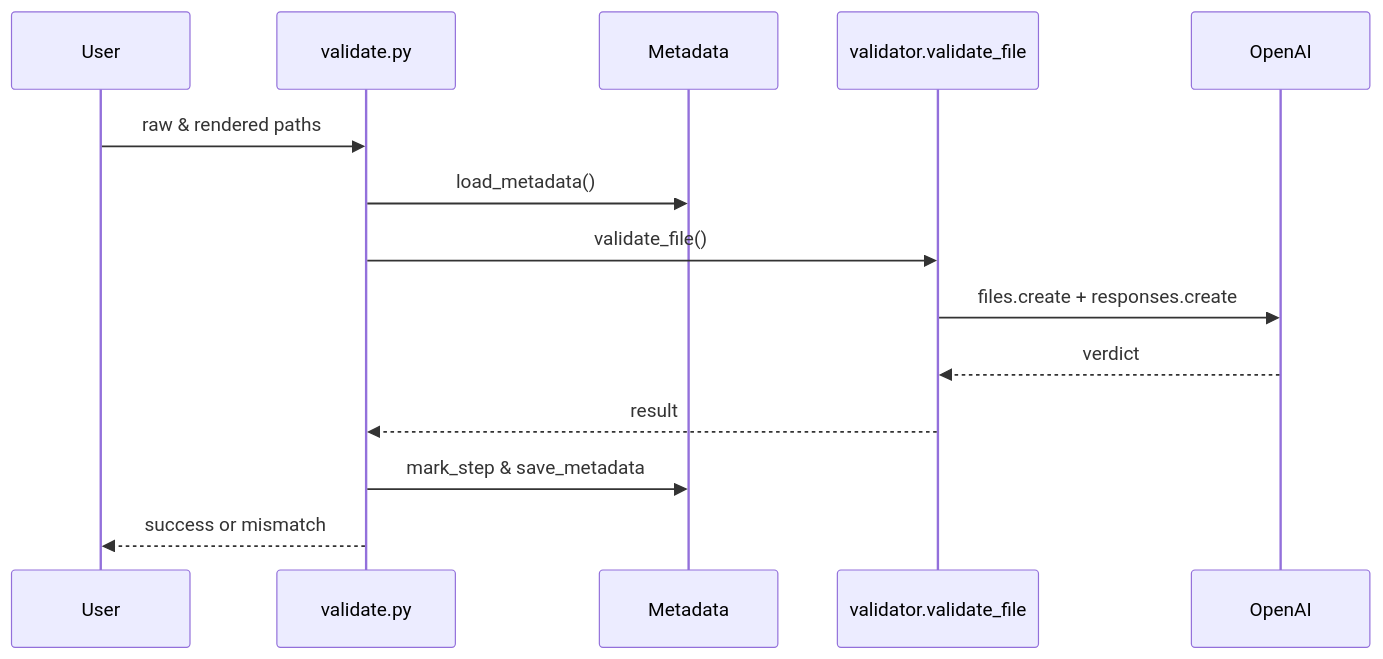
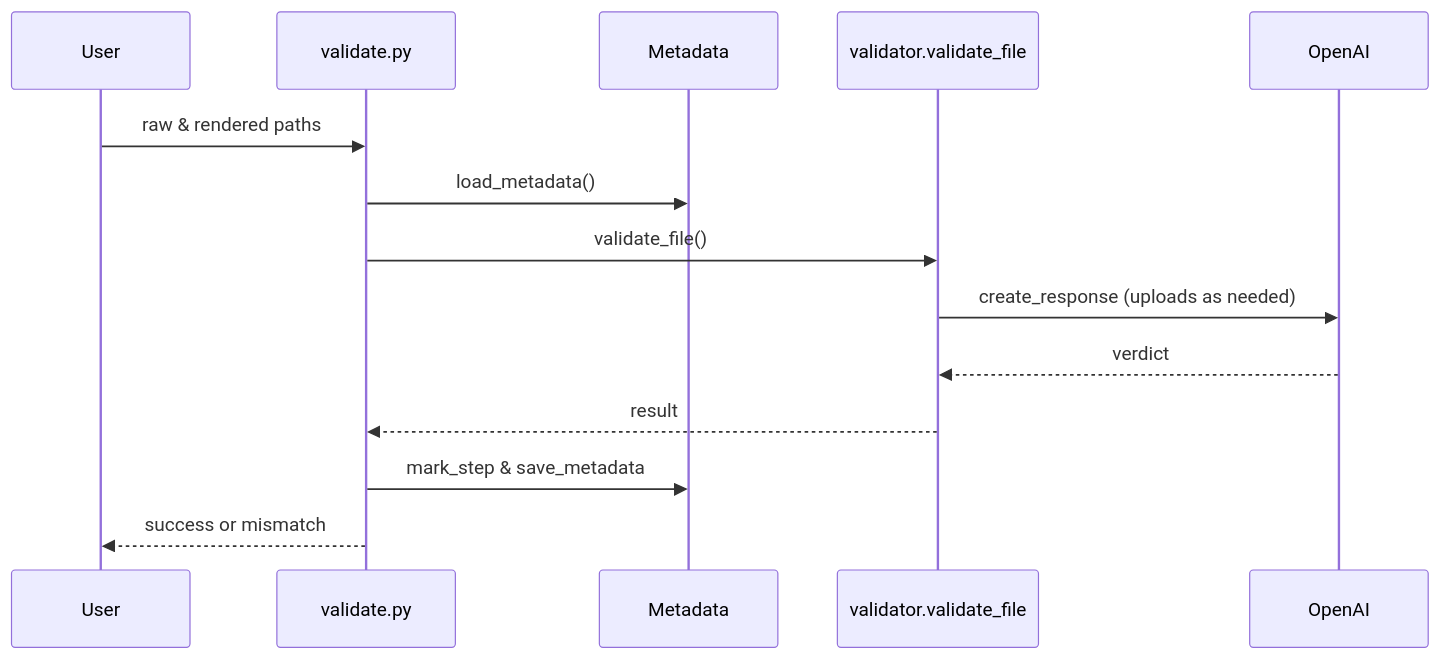
Before and after one commit to alangunning/doc-ai-analysis-starter: the second of 6 diagrams in docs/content/scripts-and-prompts.md, drawn with Mermaid. The commit also changed other lines of this file and 4 other files, not shown here.

````diff
--- a/docs/content/scripts-and-prompts.md
+++ b/docs/content/scripts-and-prompts.md
@@ -53,16 +54,16 @@
 ```mermaid
 sequenceDiagram
     participant U as User
     participant V as validate.py
     participant M as Metadata
     participant G as validator.validate_file
     participant O as OpenAI
     U->>V: raw & rendered paths
     V->>M: load_metadata()
     V->>G: validate_file()
-    G->>O: files.create + responses.create
+    G->>O: create_response (uploads as needed)
     O-->>G: verdict
     G-->>V: result
     V->>M: mark_step & save_metadata
     V-->>U: success or mismatch
 ```
````
